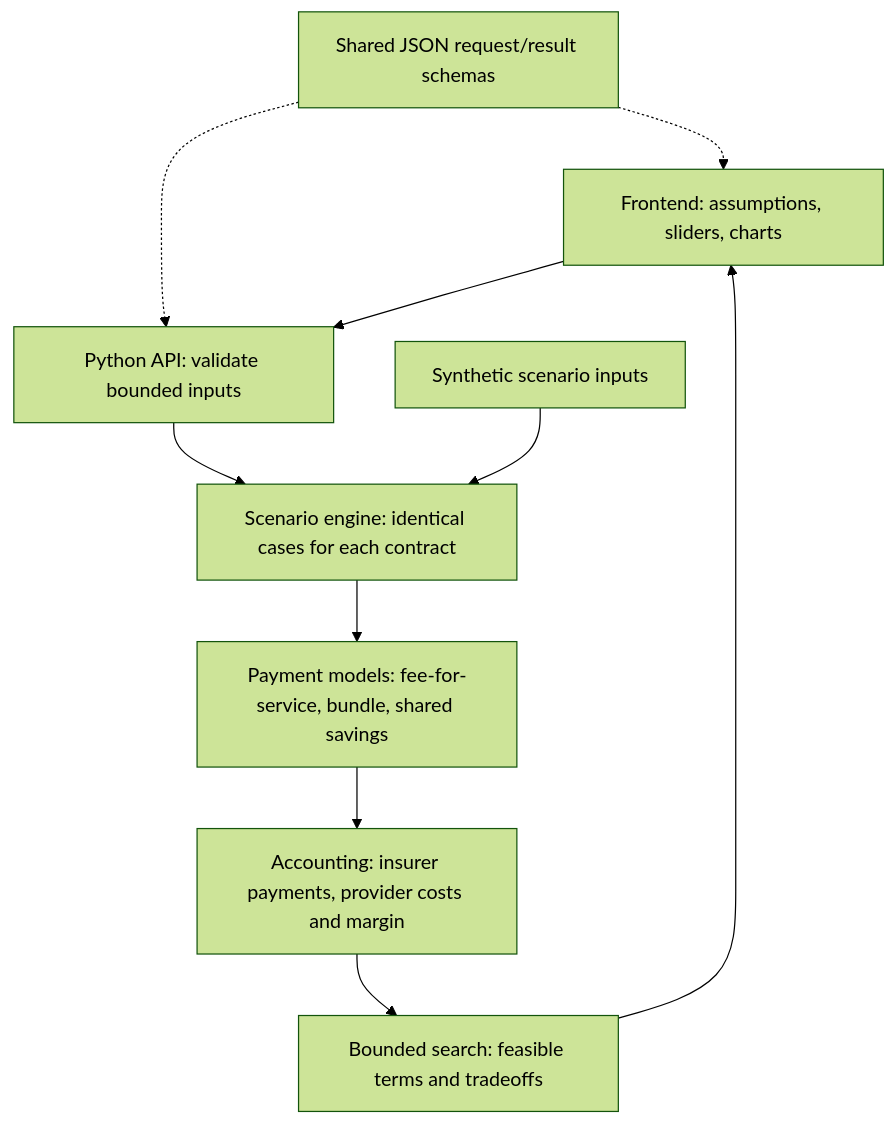
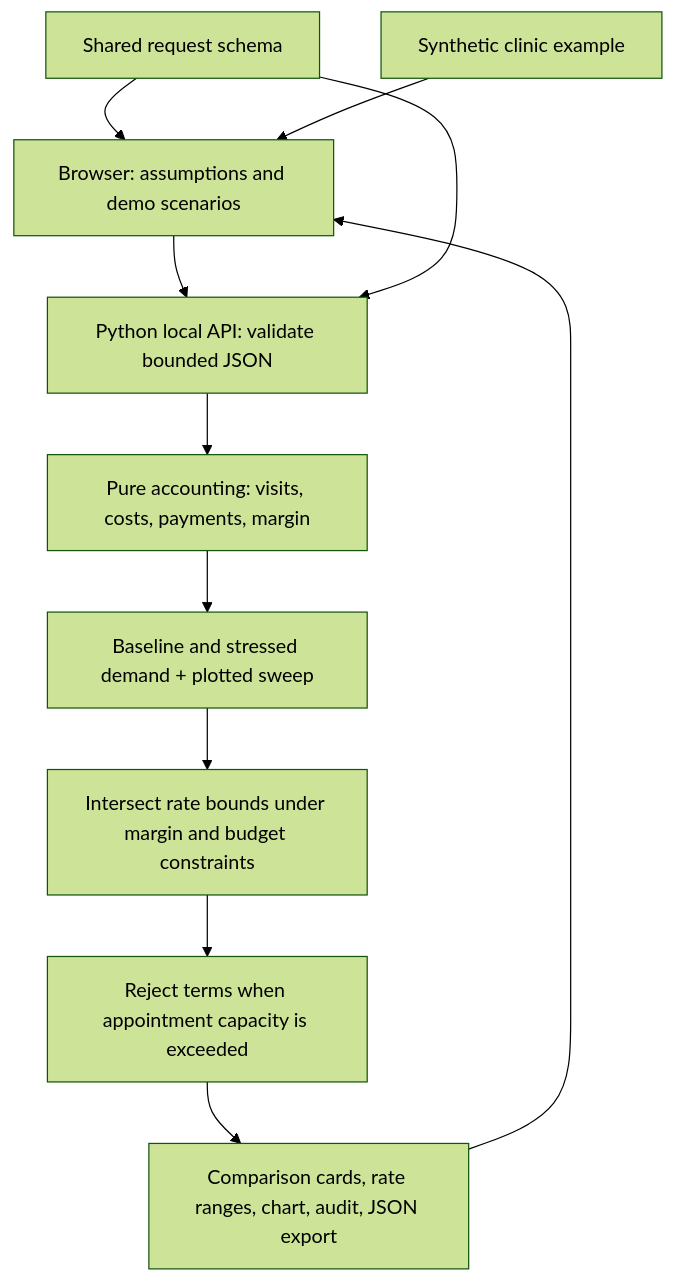
The diagram in docs/architecture.md (JasonKazz/CareBalance), drawn with Mermaid (forest theme) before and after one commit. The commit also changed other lines of this file and 7 other files, not shown here.

Commit message:
Build community clinic planning interface and document assumptions

````diff
--- a/docs/architecture.md
+++ b/docs/architecture.md
@@ -5,12 +3,13 @@
 ```mermaid
 flowchart TD
-    UI[Frontend: assumptions, sliders, charts] --> API[Python API: validate bounded inputs]
-    FIX[Synthetic scenario inputs] --> ENGINE[Scenario engine: identical cases for each contract]
-    API --> ENGINE
-    ENGINE --> MODELS[Payment models: fee-for-service, bundle, shared savings]
-    MODELS --> METRICS[Accounting: insurer payments, provider costs and margin]
-    METRICS --> SEARCH[Bounded search: feasible terms and tradeoffs]
-    SEARCH --> UI
-    SCHEMA[Shared JSON request/result schemas] -.-> API
-    SCHEMA -.-> UI
+    UI[Browser: assumptions and demo scenarios] --> API[Python local API: validate bounded JSON]
+    SCHEMA[Shared request schema] --> UI
+    SCHEMA --> API
+    FIX[Synthetic clinic example] --> UI
+    API --> ACCOUNT[Pure accounting: visits, costs, payments, margin]
+    ACCOUNT --> STRESS[Baseline and stressed demand + plotted sweep]
+    STRESS --> SOLVE[Intersect rate bounds under margin and budget constraints]
+    SOLVE --> CAP[Reject terms when appointment capacity is exceeded]
+    CAP --> REPORT[Comparison cards, rate ranges, chart, audit, JSON export]
+    REPORT --> UI
 ```
````
